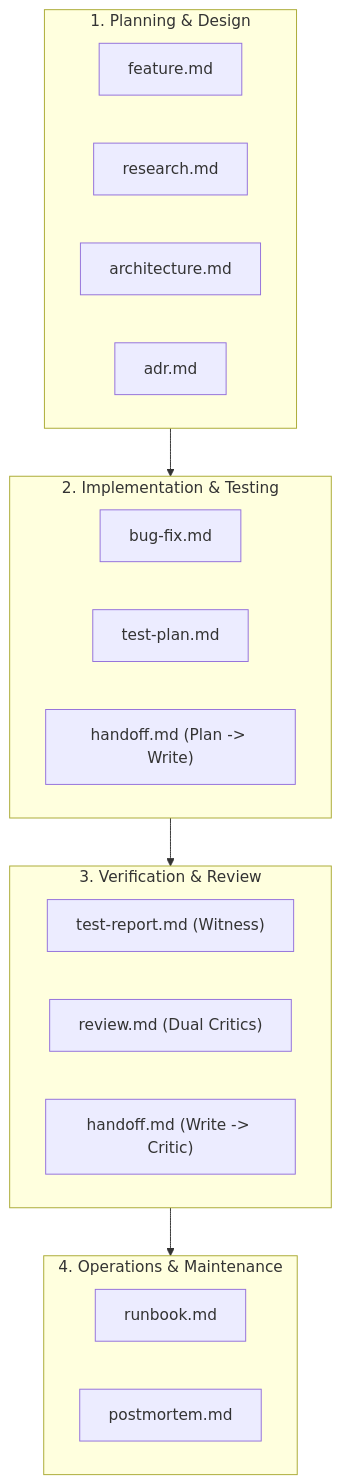
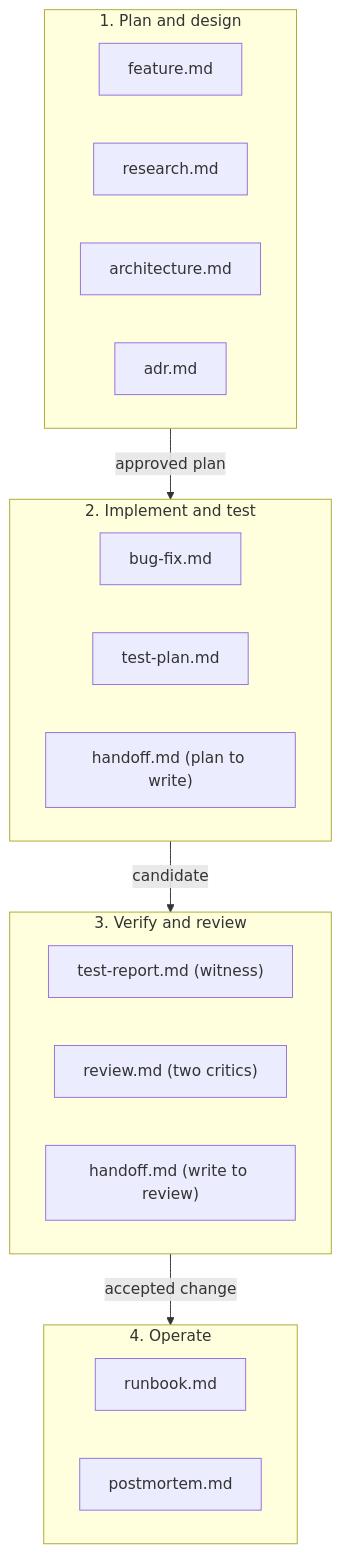
Before and after one commit to kontextmind/kxm: the diagram in docs/templates/README.md, drawn with Mermaid. The commit also changed other lines of this file and 169 other files, not shown here.

````diff
--- a/docs/templates/README.md
+++ b/docs/templates/README.md
@@ -45,31 +47,30 @@
 ```mermaid
 flowchart TD
-    subgraph PlanStage ["1. Planning & Design"]
+    subgraph Plan ["1. Plan and design"]
         F["feature.md"]
         R["research.md"]
         A["architecture.md"]
         ADR["adr.md"]
     end
 
-    subgraph ExecStage ["2. Implementation & Testing"]
+    subgraph Build ["2. Implement and test"]
         B["bug-fix.md"]
         TP["test-plan.md"]
-        H1["handoff.md (Plan -> Write)"]
+        H1["handoff.md (plan to write)"]
     end
 
-    subgraph VerifyStage ["3. Verification & Review"]
-        TR["test-report.md (Witness)"]
-        REV["review.md (Dual Critics)"]
-        H2["handoff.md (Write -> Critic)"]
+    subgraph Verify ["3. Verify and review"]
+        TR["test-report.md (witness)"]
+        REV["review.md (two critics)"]
+        H2["handoff.md (write to review)"]
     end
 
-    subgraph OpsStage ["4. Operations & Maintenance"]
+    subgraph Operate ["4. Operate"]
         RB["runbook.md"]
         PM["postmortem.md"]
     end
 
-    PlanStage --> ExecStage
-    ExecStage --> VerifyStage
-    VerifyStage --> OpsStage
-
+    Plan -->|approved plan| Build
+    Build -->|candidate| Verify
+    Verify -->|accepted change| Operate
 ```
````
